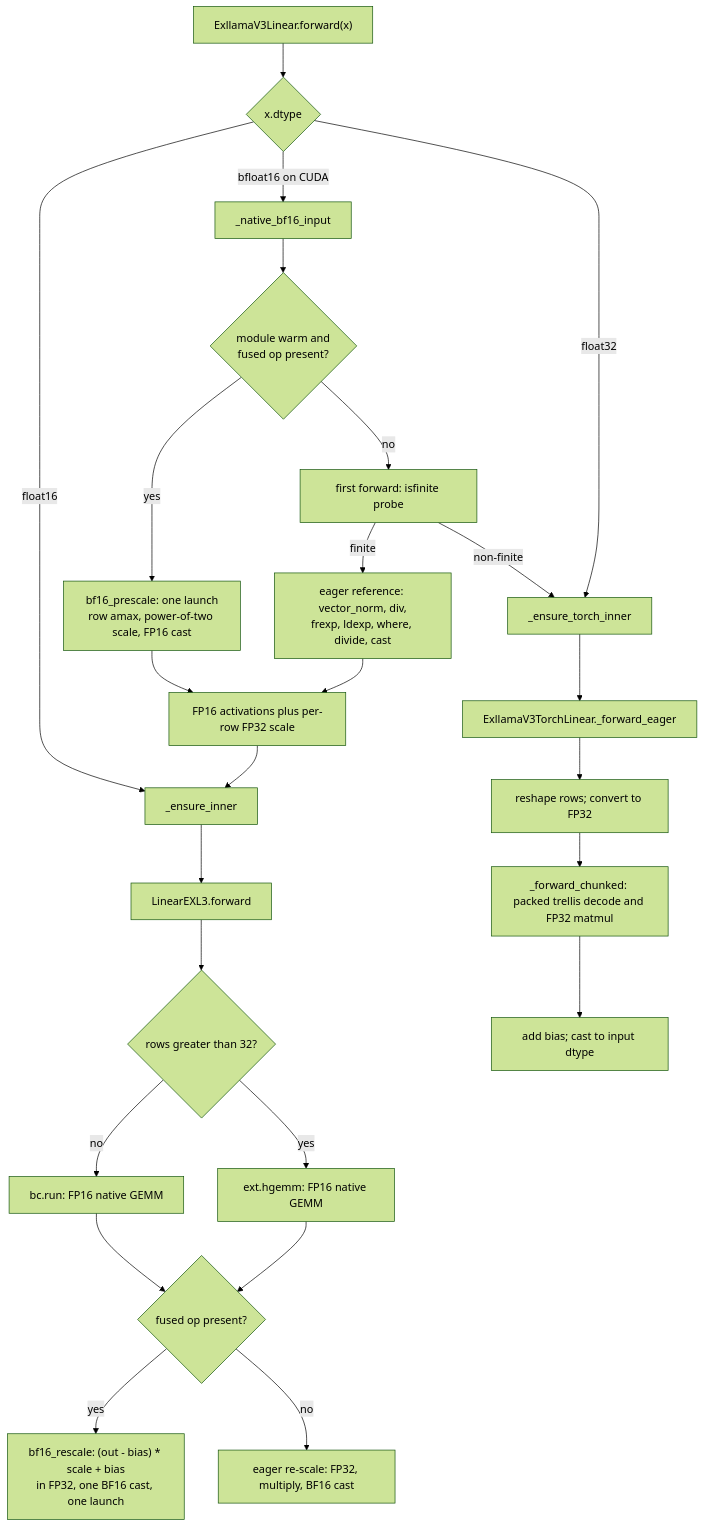
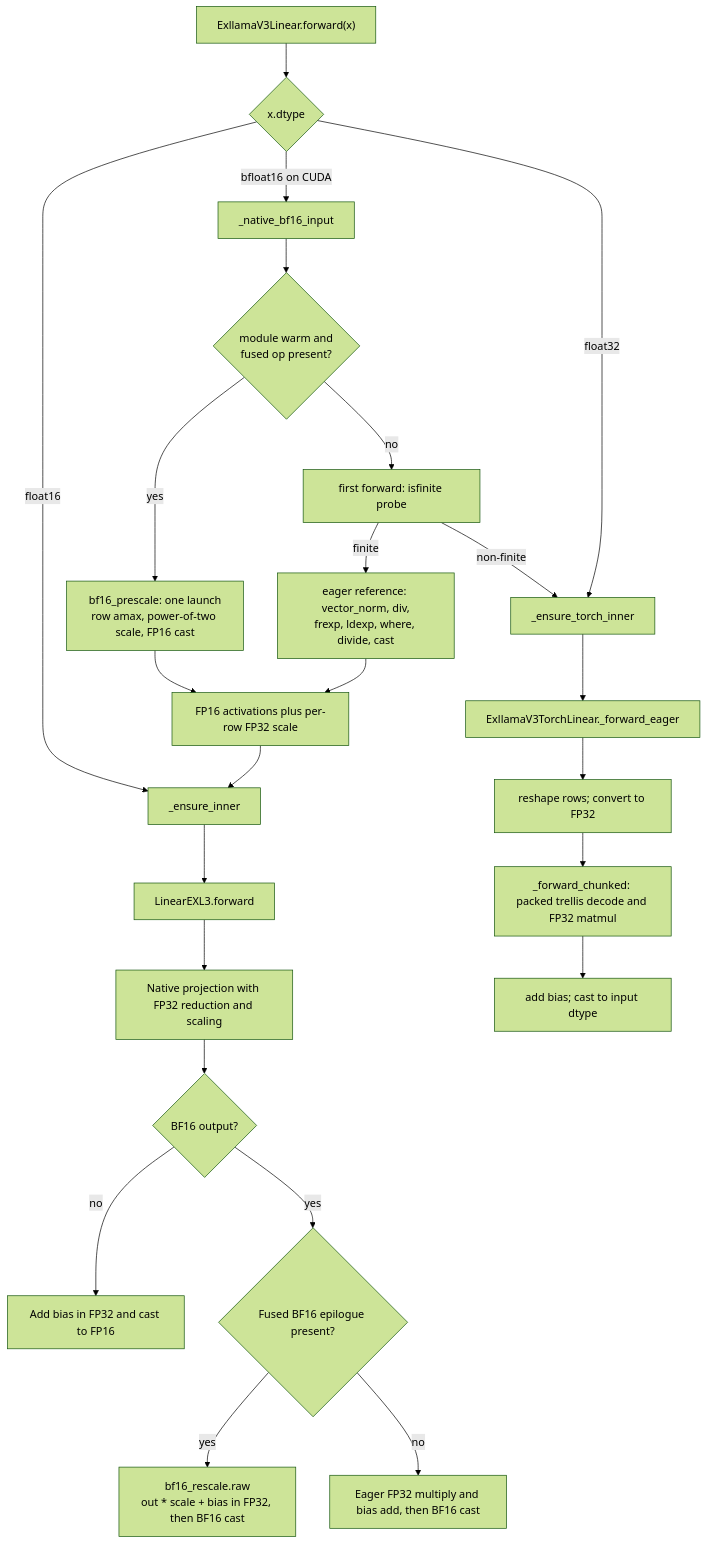
One commit to ModelCloud/GPTQModel changed the first of 3 diagrams in docs/exl3-wide-activation-dispatch.md. Above: the diagram before and after it, drawn with Mermaid (forest theme). The commit also changed other lines of this file and 8 other files, not shown here.

````diff
--- a/docs/exl3-wide-activation-dispatch.md
+++ b/docs/exl3-wide-activation-dispatch.md
@@ -13,27 +13,26 @@
 ```mermaid
 flowchart TD
     A["ExllamaV3Linear.forward(x)"] --> B{"x.dtype"}
     B -->|float16| C["_ensure_inner"]
     B -->|bfloat16 on CUDA| D["_native_bf16_input"]
     D --> E{"module warm and<br/>fused op present?"}
     E -->|yes| S["bf16_prescale: one launch<br/>row amax, power-of-two scale, FP16 cast"]
     E -->|no| N["first forward: isfinite probe"]
     N -->|finite| R["eager reference: vector_norm, div,<br/>frexp, ldexp, where, divide, cast"]
     N -->|non-finite| H["_ensure_torch_inner"]
     S --> G["FP16 activations plus per-row FP32 scale"]
     R --> G
     G --> C
     C --> I["LinearEXL3.forward"]
-    I --> J{"rows greater than 32?"}
-    J -->|no| K["bc.run: FP16 native GEMM"]
-    J -->|yes| L["ext.hgemm: FP16 native GEMM"]
-    K --> Q{"fused op present?"}
-    L --> Q
-    Q -->|yes| T["bf16_rescale: (out - bias) * scale + bias<br/>in FP32, one BF16 cast, one launch"]
-    Q -->|no| U["eager re-scale: FP32, multiply, BF16 cast"]
+    I --> K["Native projection with FP32 reduction and scaling"]
+    K --> W{"BF16 output?"}
+    W -->|no| Y["Add bias in FP32 and cast to FP16"]
+    W -->|yes| Q{"Fused BF16 epilogue present?"}
+    Q -->|yes| T["bf16_rescale.raw<br/>out * scale + bias in FP32, then BF16 cast"]
+    Q -->|no| U["Eager FP32 multiply and bias add, then BF16 cast"]
     B -->|float32| H
     H --> M["ExllamaV3TorchLinear._forward_eager"]
     M --> N2["reshape rows; convert to FP32"]
     N2 --> O["_forward_chunked: packed trellis decode and FP32 matmul"]
     O --> R2["add bias; cast to input dtype"]
 ```
````
